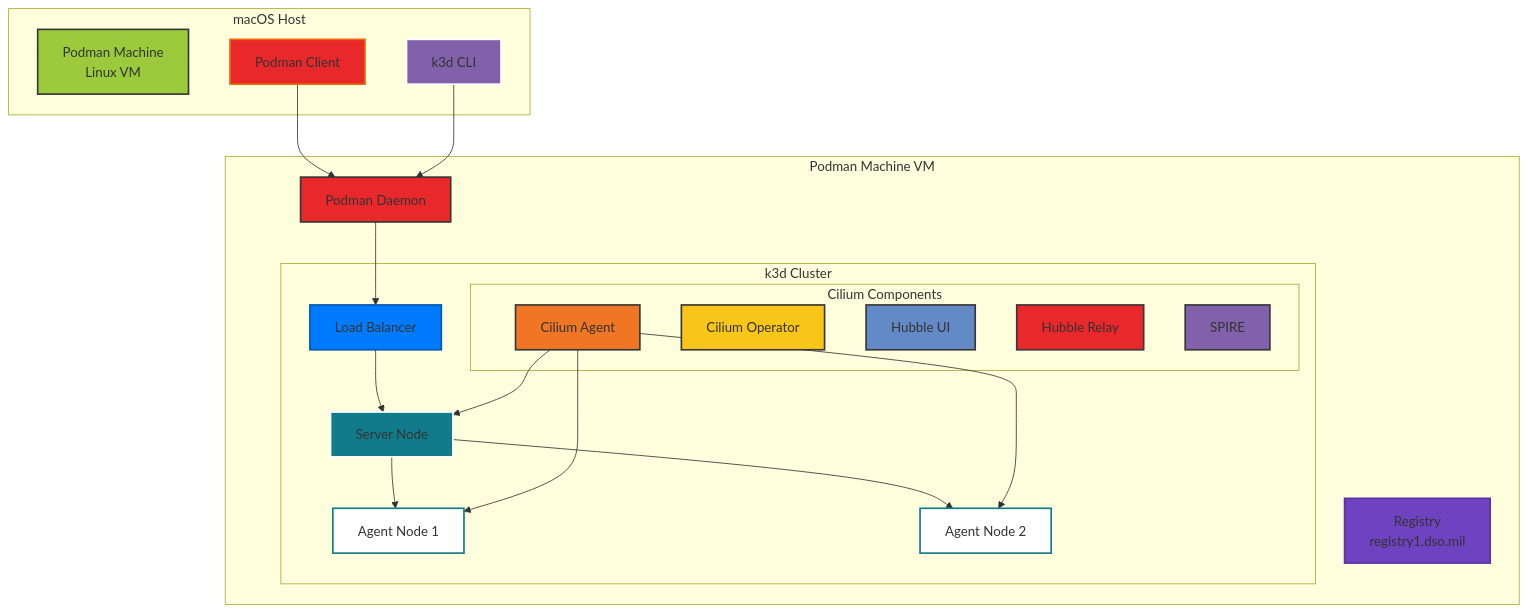
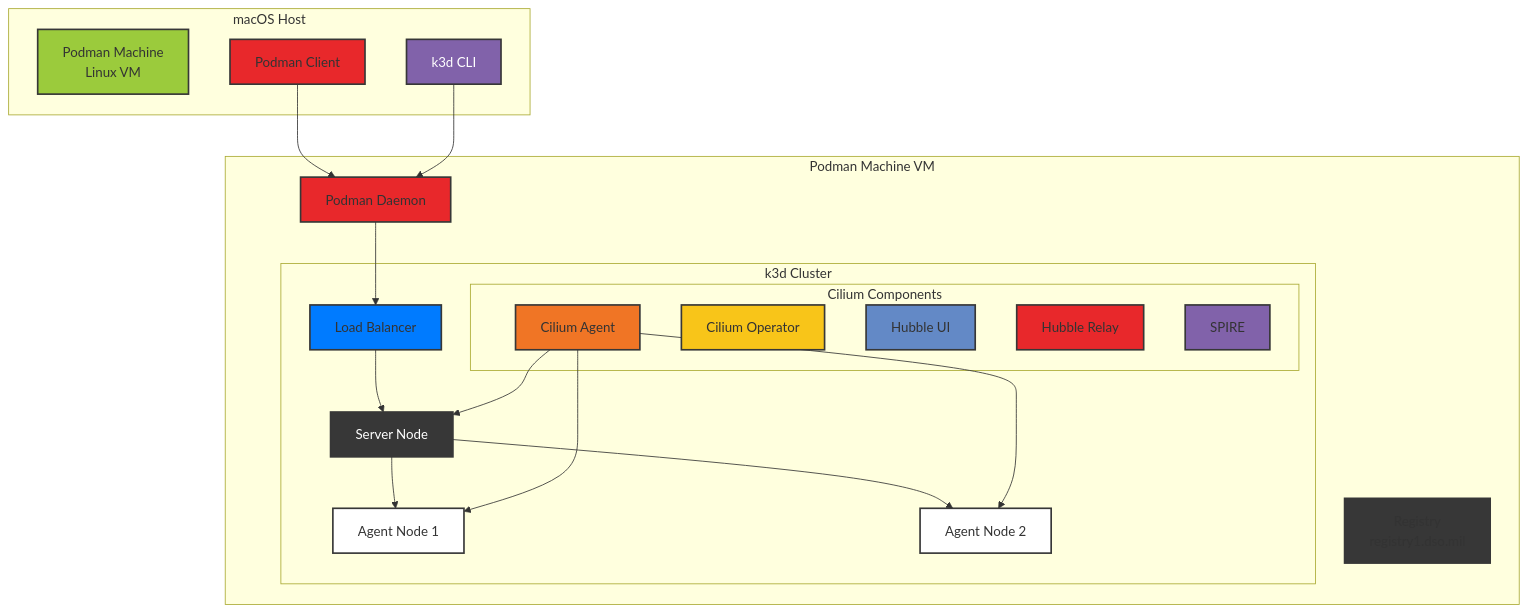
The diagram in README.md (mkm29/k3d-cilium), drawn with Mermaid before and after one commit.

Commit message:
updated colors

````diff
--- a/README.md
+++ b/README.md
@@ -58,54 +58,54 @@
 ```mermaid
 graph TB
     subgraph "macOS Host"
         PM[Podman Machine<br/>Linux VM]
         PC[Podman Client]
         K3D[k3d CLI]
     end
 
     subgraph "Podman Machine VM"
         PD[Podman Daemon]
 
         subgraph "k3d Cluster"
             LB[Load Balancer]
             S1[Server Node]
             A1[Agent Node 1]
             A2[Agent Node 2]
 
             subgraph "Cilium Components"
                 CA[Cilium Agent]
                 CO[Cilium Operator]
                 HU[Hubble UI]
                 HR[Hubble Relay]
                 SP[SPIRE]
             end
         end
 
         REG[Registry<br/>registry1.dso.mil]
     end
 
     PC --> PD
     K3D --> PD
     PD --> LB
     LB --> S1
     S1 --> A1
     S1 --> A2
     CA --> S1
     CA --> A1
     CA --> A2
 
     style PM fill:#9bcb3c,stroke:#373737,stroke-width:2px,color:#333
     style PD fill:#e8282b,stroke:#373737,stroke-width:2px,color:#333
-    style K3D fill:#8162aa,stroke:#FFFFFF,stroke-width:2px,color:#333
-    style PC fill:#e8282b,stroke:#E96D04,stroke-width:2px,color:#333
-    style LB fill:#007BFF,stroke:#0056B3,stroke-width:2px,color:#333
-    style S1 fill:#117A8B,stroke:#FFFFFF,stroke-width:2px,color:#333
-    style A1 fill:#FFFFFF,stroke:#117A8B,stroke-width:2px,color:#333
-    style A2 fill:#FFFFFF,stroke:#117A8B,stroke-width:2px,color:#333
+    style K3D fill:#8162aa,stroke:#373737,stroke-width:2px,color:#FFF
+    style PC fill:#e8282b,stroke:#373737,stroke-width:2px,color:#333
+    style LB fill:#007BFF,stroke:#373737,stroke-width:2px,color:#333
+    style S1 fill:#373737,stroke:#373737,stroke-width:2px,color:#FFF
+    style A1 fill:#FFFFFF,stroke:#373737,stroke-width:2px,color:#333
+    style A2 fill:#FFFFFF,stroke:#373737,stroke-width:2px,color:#333
     style CA fill:#f07525,stroke:#373737,stroke-width:2px,color:#333
     style CO fill:#f8c519,stroke:#373737,stroke-width:2px,color:#333
     style HU fill:#6389c6,stroke:#373737,stroke-width:2px,color:#333
     style HR fill:#e8282b,stroke:#373737,stroke-width:2px,color:#333
     style SP fill:#8162aa,stroke:#373737,stroke-width:2px,color:#333
-    style REG fill:#6F42C1,stroke:#5A32A3,stroke-width:2px,color:#333
+    style REG fill:#373737,stroke:#373737,stroke-width:2px,color:#333
 ```
````
